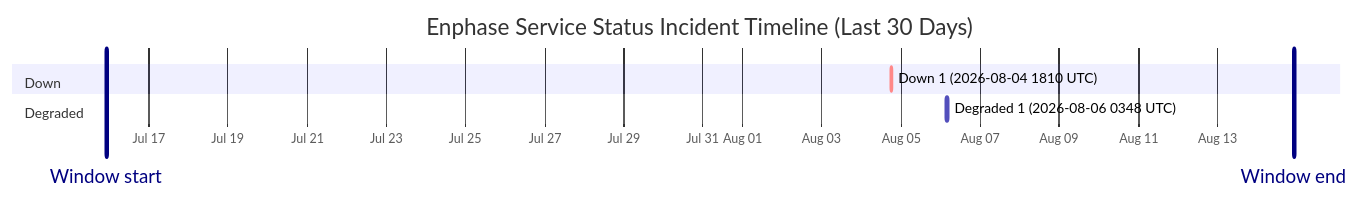
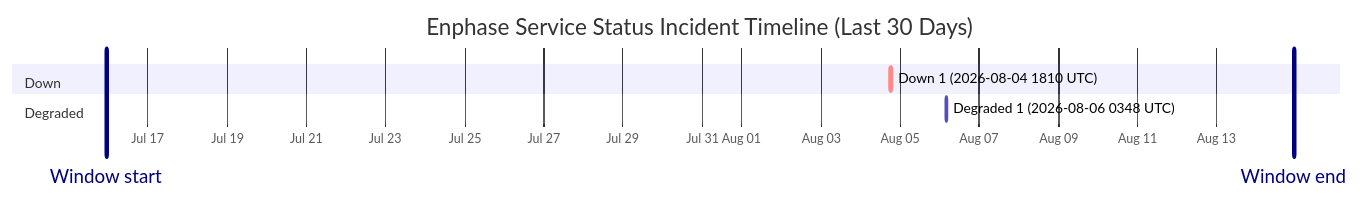
Before and after one commit to barneyonline/ha-enphase-energy: the diagram in wiki/Service-Status-History.md, drawn with Mermaid. The commit also changed other lines of this file and 3 other files, not shown here.

````diff
--- a/wiki/Service-Status-History.md
+++ b/wiki/Service-Status-History.md
@@ -14,12 +14,12 @@
 ```mermaid
 gantt
     title Enphase Service Status Incident Timeline (Last 30 Days)
     dateFormat  YYYY-MM-DDTHH:mm:ss
     axisFormat  %b %d
-    Window start :vert, window-start, 2026-07-15T22:20:22, 0ms
-    Window end :vert, window-end, 2026-08-14T22:20:22, 0ms
+    Window start :vert, window-start, 2026-07-15T22:48:59, 0ms
+    Window end :vert, window-end, 2026-08-14T22:48:59, 0ms
     section Down
     Down 1 (2026-08-04 1810 UTC) :crit, down-1, 2026-08-04T18:10:46, 60m
     section Degraded
     Degraded 1 (2026-08-06 0348 UTC) :active, degraded-1, 2026-08-06T03:48:14, 60m
 ```
````
